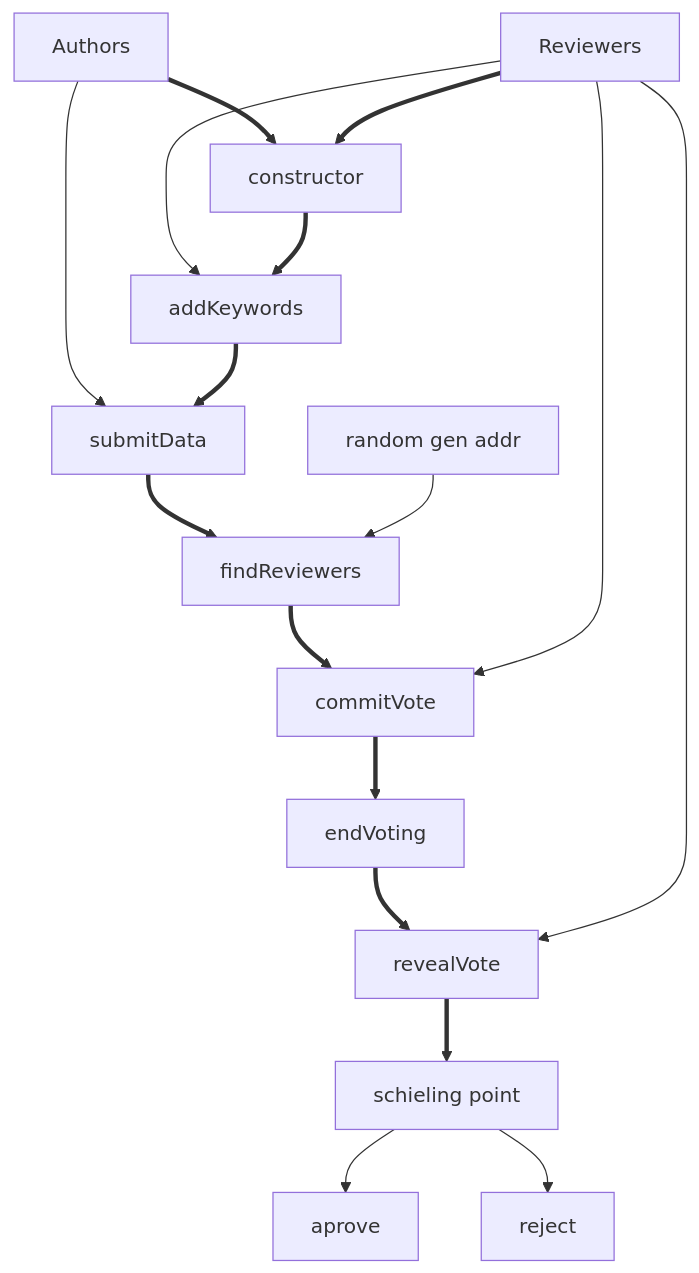
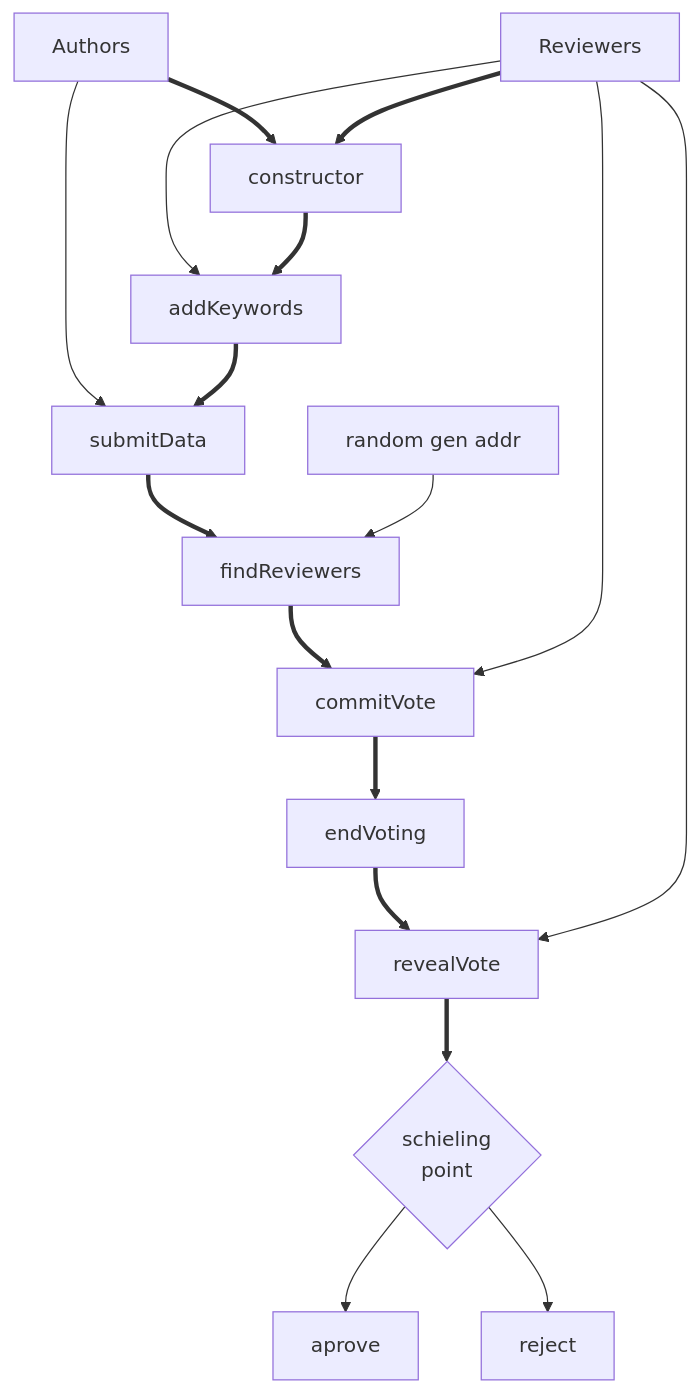
One commit to kirilligum/lightlink-hackathon-20240204-ai-data-peer-review changed the diagram in PeerReview_flow.mmd. Above: the diagram before and after it, drawn with Mermaid. The commit also changed 2 other files, not shown here.

```diff
--- a/PeerReview_flow.mmd
+++ b/PeerReview_flow.mmd
@@ -1,21 +1,21 @@
 graph TD
 a["Authors"] ==> c["constructor"]
 r["Reviewers"] ==> c
 
 
 r --> ak["addKeywords"]
 c ==> ak
 
 a --> sd["submitData"]
 ak ==> sd
 
 sd ==> f["findReviewers"]
 ra["random gen addr"] --> f
 f ==> cv["commitVote"]
 r --> cv
 cv ==> ev["endVoting"]
 ev ==> rv["revealVote"]
 r --> rv
-rv ==> sp["schieling point"]
+rv ==> sp{"schieling<br/> point"}
 sp --> aprove
 sp --> reject
```
